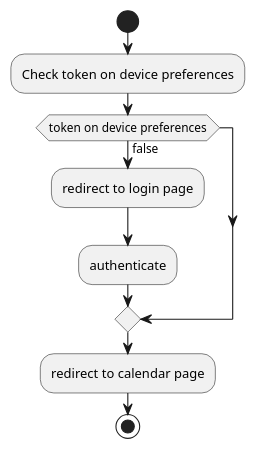
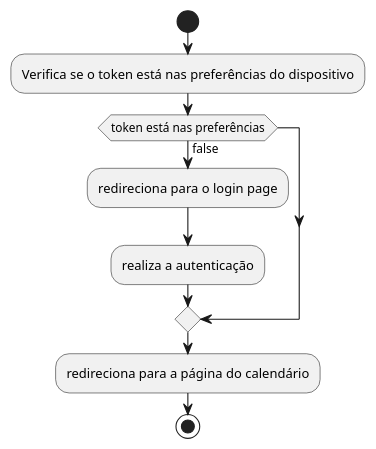
The diagram in act.puml (DricoGrosch/TCC-UDESC-DJANGO-APP), drawn with PlantUML before and after one commit. The commit also changed 2 other files, not shown here.

Commit message:
diagramas

```diff
--- a/act.puml
+++ b/act.puml
@@ -1,13 +1,13 @@
 @startuml
 'https://plantuml.com/activity-diagram-beta
 
 start
-:Check token on device preferences;
-if (token on device preferences) then (false)
-:redirect to login page;
-:authenticate;
+:Verifica se o token está nas preferências do dispositivo;
+if (token está nas preferências) then (false)
+:redireciona para o login page;
+:realiza a autenticação;
 endif
-:redirect to calendar page;
+:redireciona para a página do calendário;
 stop
 
 @enduml
```
